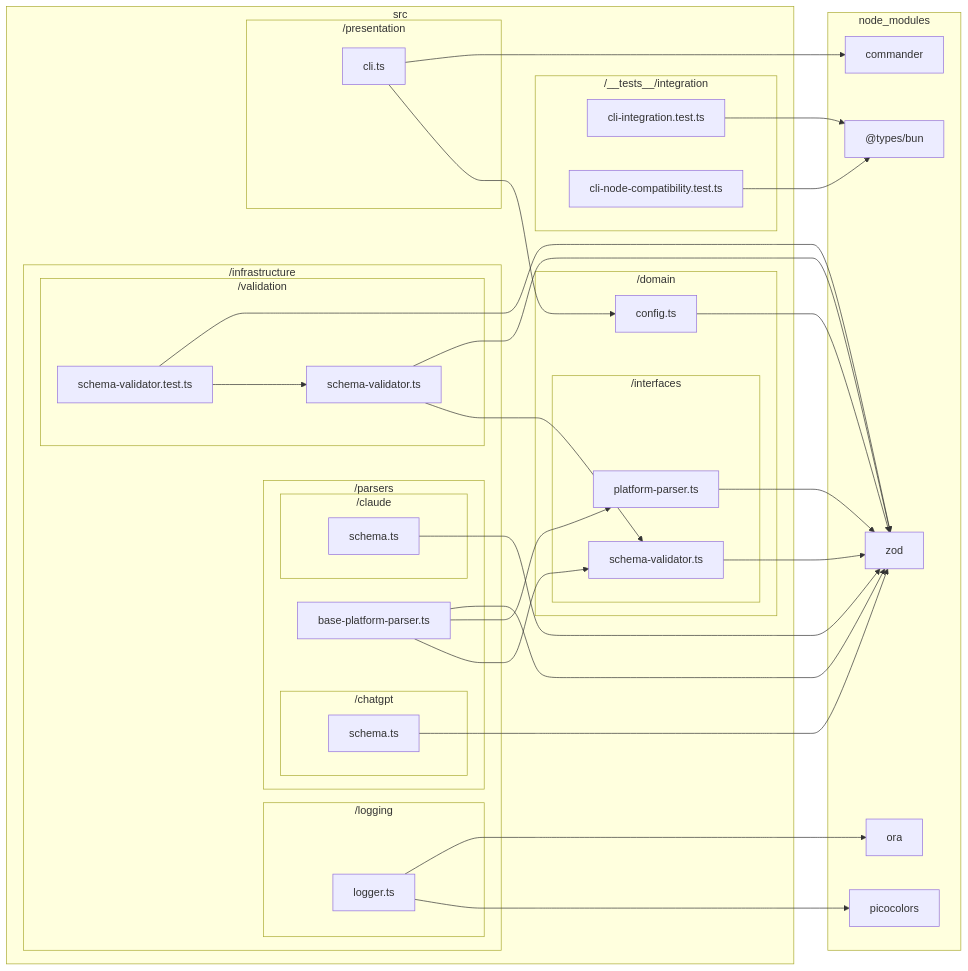
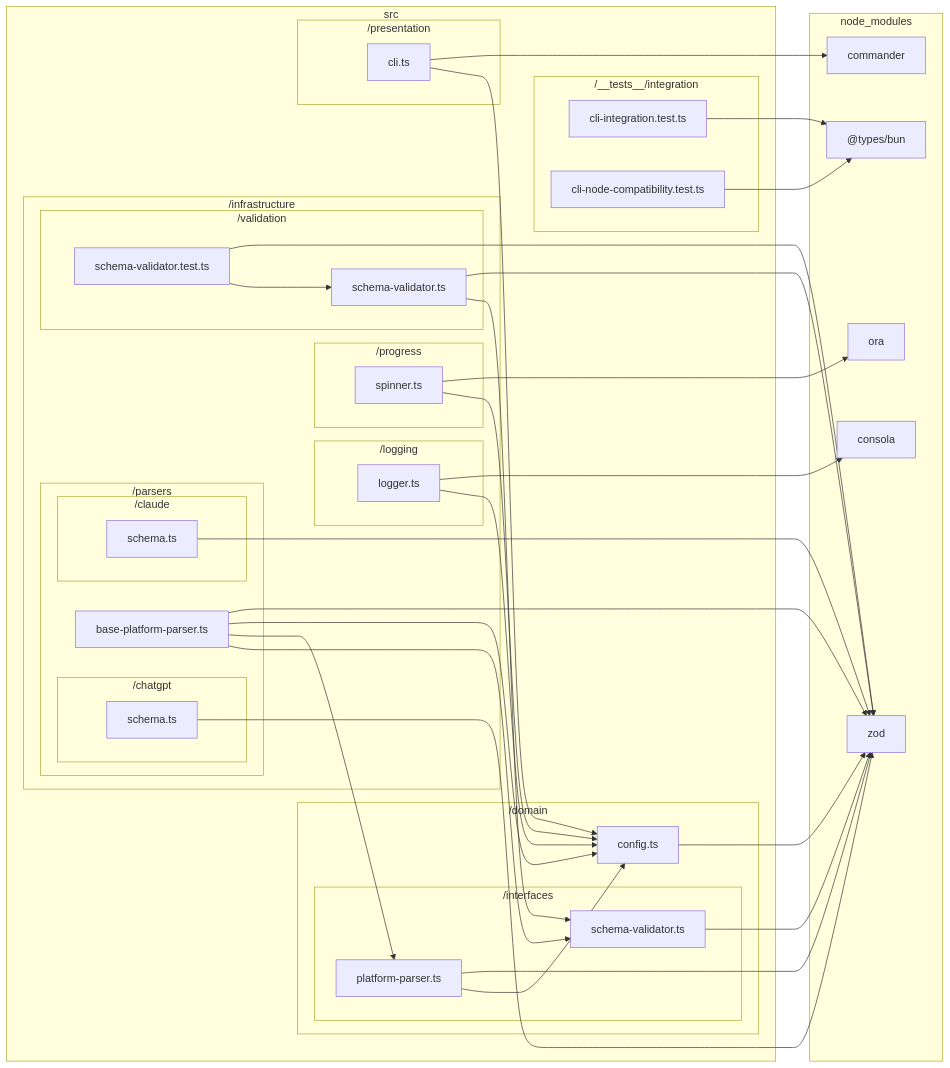
One commit to sugurutakahashi-1234/ai-chat-md-export changed the diagram in docs/reports/dependencies/external.md. Above: the diagram before and after it, drawn with Mermaid. The commit also changed 27 other files, not shown here.

First line of the commit message:
refactor: replace picocolors with consola and separate logger/spinner concerns

````diff
--- a/docs/reports/dependencies/external.md
+++ b/docs/reports/dependencies/external.md
@@ -7,62 +7,69 @@
 ```mermaid
 flowchart LR
     subgraph node//modules["node_modules"]
         node//modules///types/bun/index.d.ts["@types/bun"]
         node//modules/zod/index.d.cts["zod"]
+        node//modules/consola/dist/index.d.cts["consola"]
         node//modules/ora/index.d.ts["ora"]
-        node//modules/picocolors/picocolors.d.ts["picocolors"]
         node//modules/commander/typings/index.d.ts["commander"]
     end
     subgraph src["src"]
         subgraph src/////tests/////integration["/__tests__/integration"]
             src/////tests/////integration/cli//integration.test.ts["cli-integration.test.ts"]
             src/////tests/////integration/cli//node//compatibility.test.ts["cli-node-compatibility.test.ts"]
         end
         subgraph src/domain["/domain"]
             src/domain/config.ts["config.ts"]
             subgraph src/domain/interfaces["/interfaces"]
                 src/domain/interfaces/platform//parser.ts["platform-parser.ts"]
                 src/domain/interfaces/schema//validator.ts["schema-validator.ts"]
             end
         end
         subgraph src/infrastructure["/infrastructure"]
             subgraph src/infrastructure/logging["/logging"]
                 src/infrastructure/logging/logger.ts["logger.ts"]
             end
             subgraph src/infrastructure/parsers["/parsers"]
                 src/infrastructure/parsers/base//platform//parser.ts["base-platform-parser.ts"]
                 subgraph src/infrastructure/parsers/chatgpt["/chatgpt"]
                     src/infrastructure/parsers/chatgpt/schema.ts["schema.ts"]
                 end
                 subgraph src/infrastructure/parsers/claude["/claude"]
                     src/infrastructure/parsers/claude/schema.ts["schema.ts"]
                 end
             end
+            subgraph src/infrastructure/progress["/progress"]
+                src/infrastructure/progress/spinner.ts["spinner.ts"]
+            end
             subgraph src/infrastructure/validation["/validation"]
                 src/infrastructure/validation/schema//validator.ts["schema-validator.ts"]
                 src/infrastructure/validation/schema//validator.test.ts["schema-validator.test.ts"]
             end
         end
         subgraph src/presentation["/presentation"]
             src/presentation/cli.ts["cli.ts"]
         end
     end
     src/////tests/////integration/cli//integration.test.ts-->node//modules///types/bun/index.d.ts
     src/////tests/////integration/cli//node//compatibility.test.ts-->node//modules///types/bun/index.d.ts
     src/domain/config.ts-->node//modules/zod/index.d.cts
     src/domain/interfaces/platform//parser.ts-->node//modules/zod/index.d.cts
     src/domain/interfaces/schema//validator.ts-->node//modules/zod/index.d.cts
-    src/infrastructure/logging/logger.ts-->node//modules/ora/index.d.ts
-    src/infrastructure/logging/logger.ts-->node//modules/picocolors/picocolors.d.ts
+    src/infrastructure/logging/logger.ts-->node//modules/consola/dist/index.d.cts
     src/infrastructure/parsers/base//platform//parser.ts-->node//modules/zod/index.d.cts
+    src/infrastructure/progress/spinner.ts-->node//modules/ora/index.d.ts
     src/infrastructure/validation/schema//validator.ts-->node//modules/zod/index.d.cts
     src/infrastructure/parsers/chatgpt/schema.ts-->node//modules/zod/index.d.cts
     src/infrastructure/parsers/claude/schema.ts-->node//modules/zod/index.d.cts
     src/infrastructure/validation/schema//validator.test.ts-->node//modules/zod/index.d.cts
     src/presentation/cli.ts-->node//modules/commander/typings/index.d.ts
+    src/domain/interfaces/platform//parser.ts-->src/domain/config.ts
+    src/infrastructure/logging/logger.ts-->src/domain/config.ts
+    src/infrastructure/parsers/base//platform//parser.ts-->src/domain/config.ts
     src/infrastructure/parsers/base//platform//parser.ts-->src/domain/interfaces/platform//parser.ts
     src/infrastructure/parsers/base//platform//parser.ts-->src/domain/interfaces/schema//validator.ts
+    src/infrastructure/progress/spinner.ts-->src/domain/config.ts
     src/infrastructure/validation/schema//validator.ts-->src/domain/interfaces/schema//validator.ts
     src/infrastructure/validation/schema//validator.test.ts-->src/infrastructure/validation/schema//validator.ts
     src/presentation/cli.ts-->src/domain/config.ts
 ```
````
